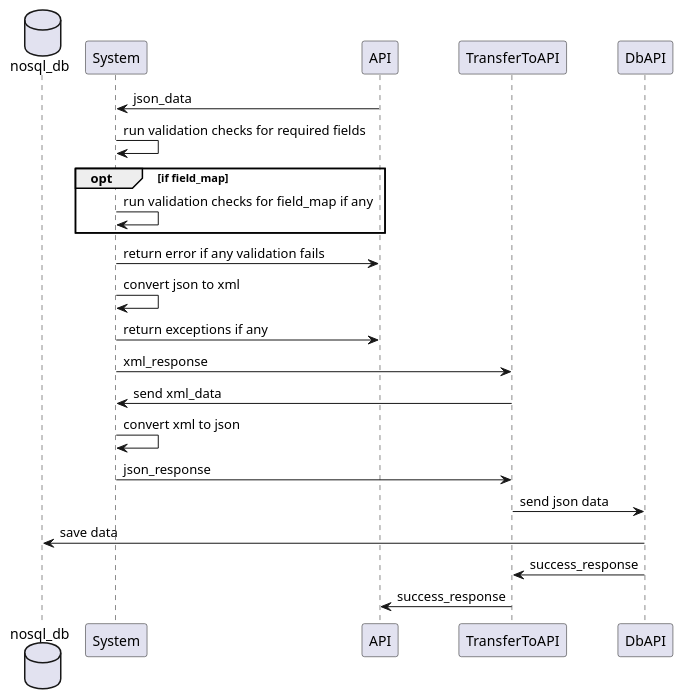
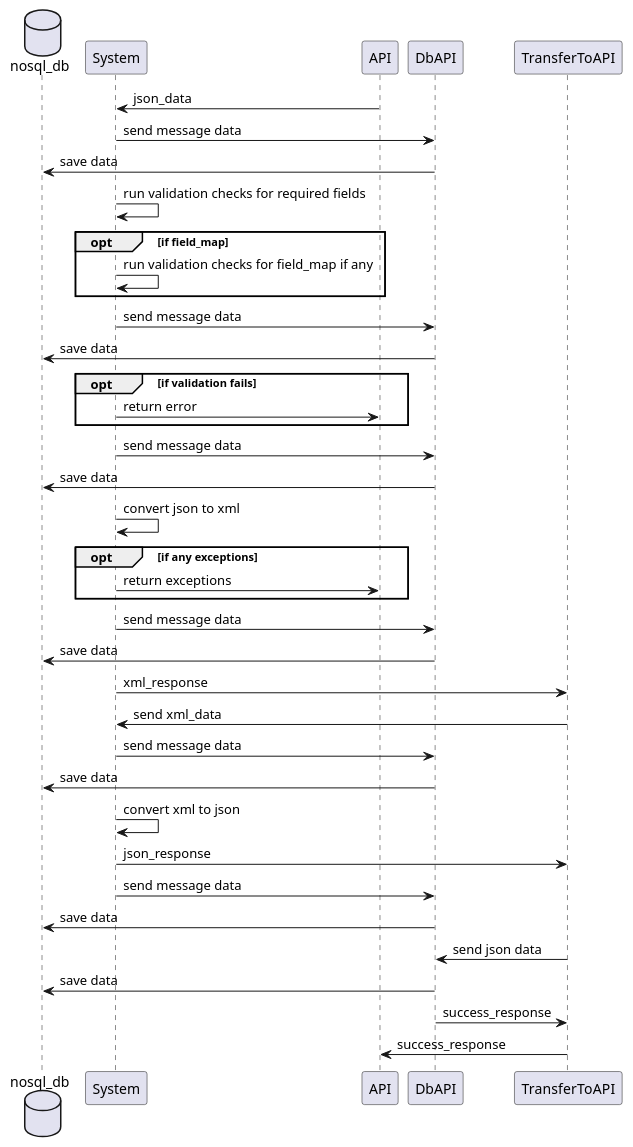
One commit to sadeeqilu/JsonToXML changed the diagram in src/doc/uml.puml. Above: the diagram before and after it, drawn with PlantUML.

Commit message:
made changes to uml

```diff
--- a/src/doc/uml.puml
+++ b/src/doc/uml.puml
@@ -1,19 +1,35 @@
 @startuml
 database nosql_db
 System <- API : json_data
+System -> DbAPI : send message data
+DbAPI -> nosql_db : save data
 System -> System : run validation checks for required fields
 opt if field_map
     System -> System : run validation checks for field_map if any
 end
-System -> API : return error if any validation fails
+System -> DbAPI : send message data
+DbAPI -> nosql_db : save data
+opt if validation fails
+    System -> API : return error
+end
+System -> DbAPI : send message data
+DbAPI -> nosql_db : save data
 System -> System : convert json to xml
-System -> API : return exceptions if any
+opt if any exceptions
+    System -> API : return exceptions
+end
+System -> DbAPI : send message data
+DbAPI -> nosql_db : save data
 TransferToAPI <- System : xml_response
 TransferToAPI -> System : send xml_data
+System -> DbAPI : send message data
+DbAPI -> nosql_db : save data
 System -> System : convert xml to json
 System -> TransferToAPI : json_response
+System -> DbAPI : send message data
+DbAPI -> nosql_db : save data
 TransferToAPI -> DbAPI : send json data
 DbAPI -> nosql_db : save data
 DbAPI -> TransferToAPI : success_response
 TransferToAPI -> API : success_response
 @enduml
```
